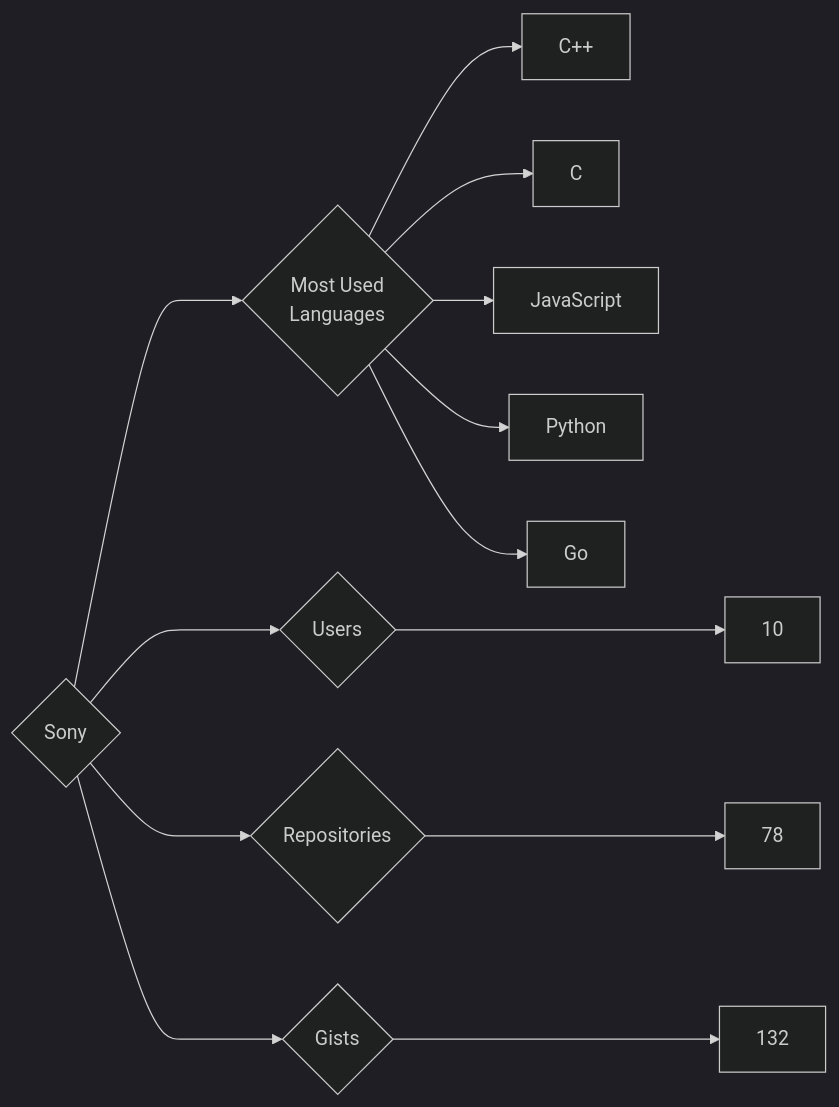
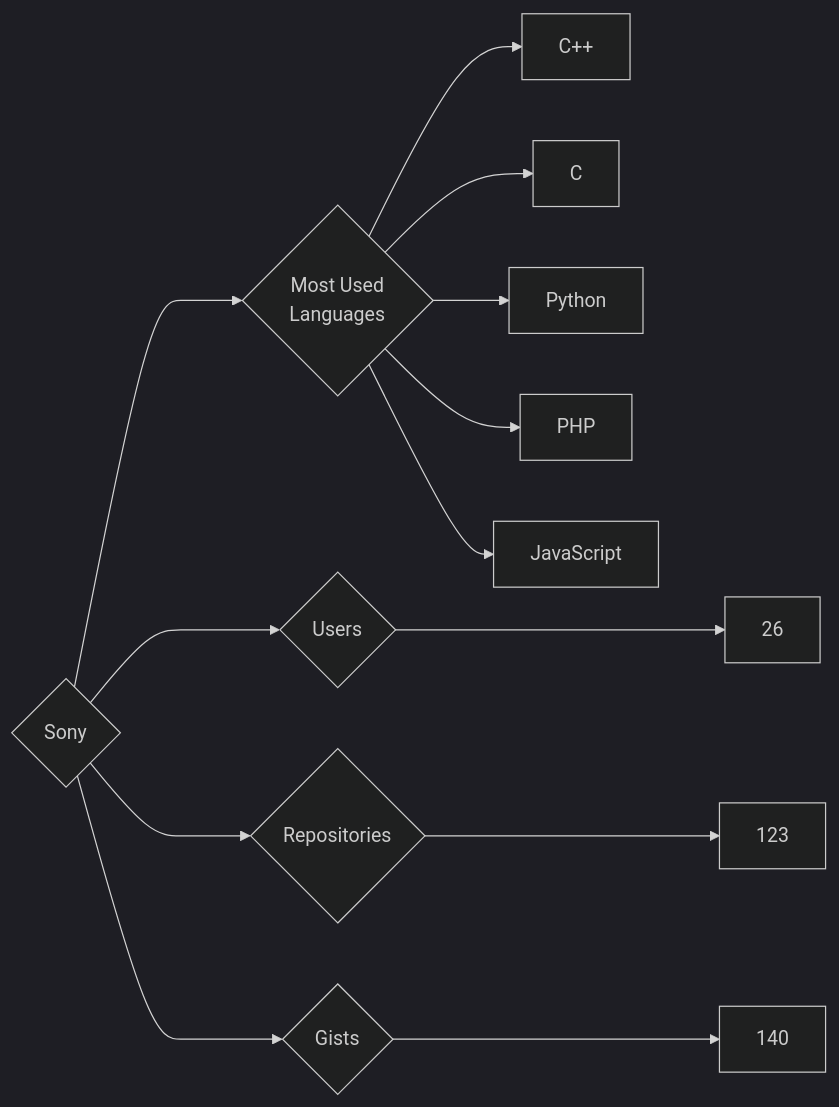
One commit to trickest/insiders changed the diagram in targets/Sony/README.md. Above: the diagram before and after it, drawn with Mermaid (dark theme). The commit also changed 972 other files, not shown here.

````diff
--- a/targets/Sony/README.md
+++ b/targets/Sony/README.md
@@ -3,13 +3,13 @@
 ```mermaid
 graph LR
 COMPANY_NAME{Sony}
-COMPANY_NAME ---> U{Users} ---> UN[10]
-COMPANY_NAME ---> R{Repositories} ---> RN[78]
-COMPANY_NAME ---> G{Gists} ---> GN[132]
+COMPANY_NAME ---> U{Users} ---> UN[26]
+COMPANY_NAME ---> R{Repositories} ---> RN[123]
+COMPANY_NAME ---> G{Gists} ---> GN[140]
 COMPANY_NAME ---> ML{Most Used<br>Languages}
 ML --> C++[C++]
 ML --> C[C]
+ML --> Python[Python]
+ML --> PHP[PHP]
 ML --> JavaScript[JavaScript]
-ML --> Python[Python]
-ML --> Go[Go]
 ```
````
